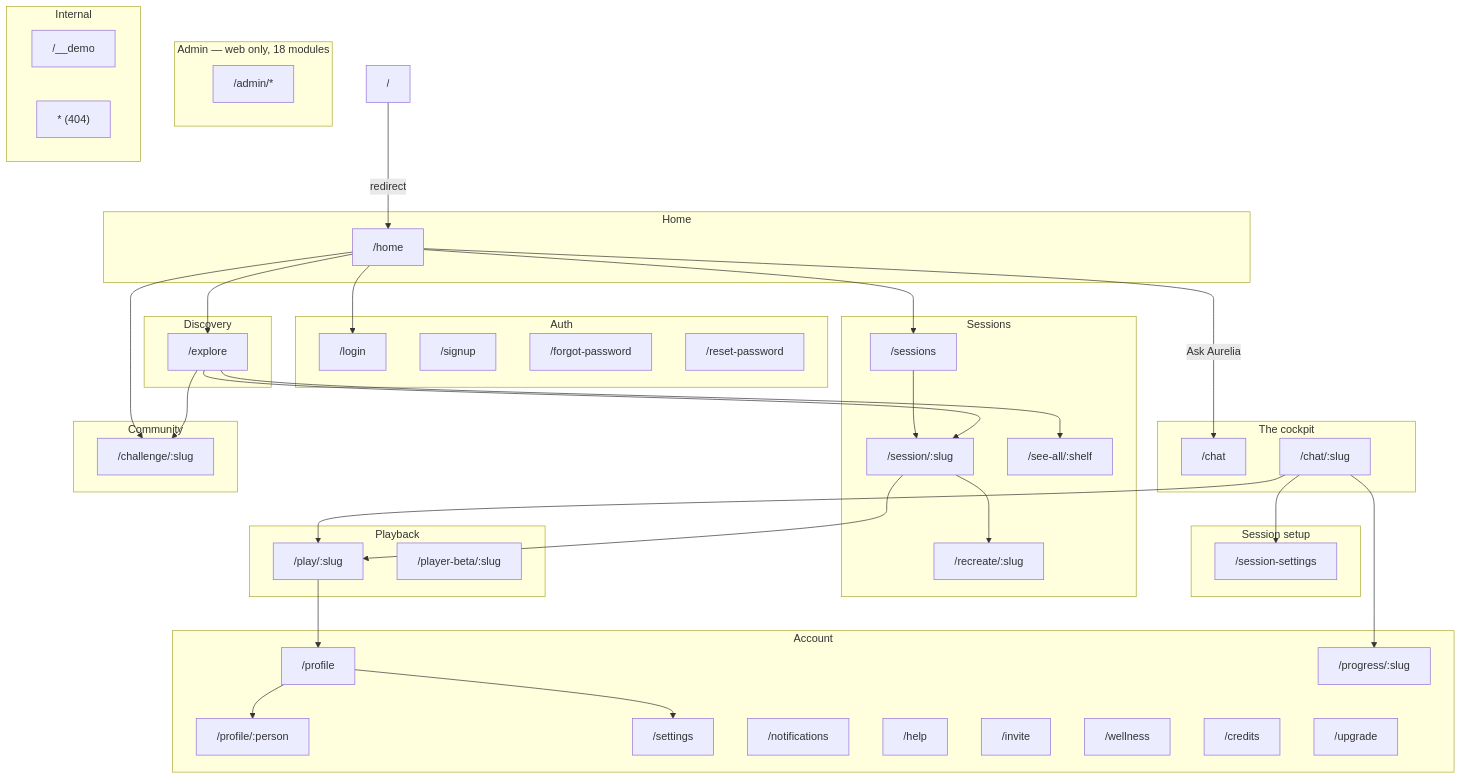
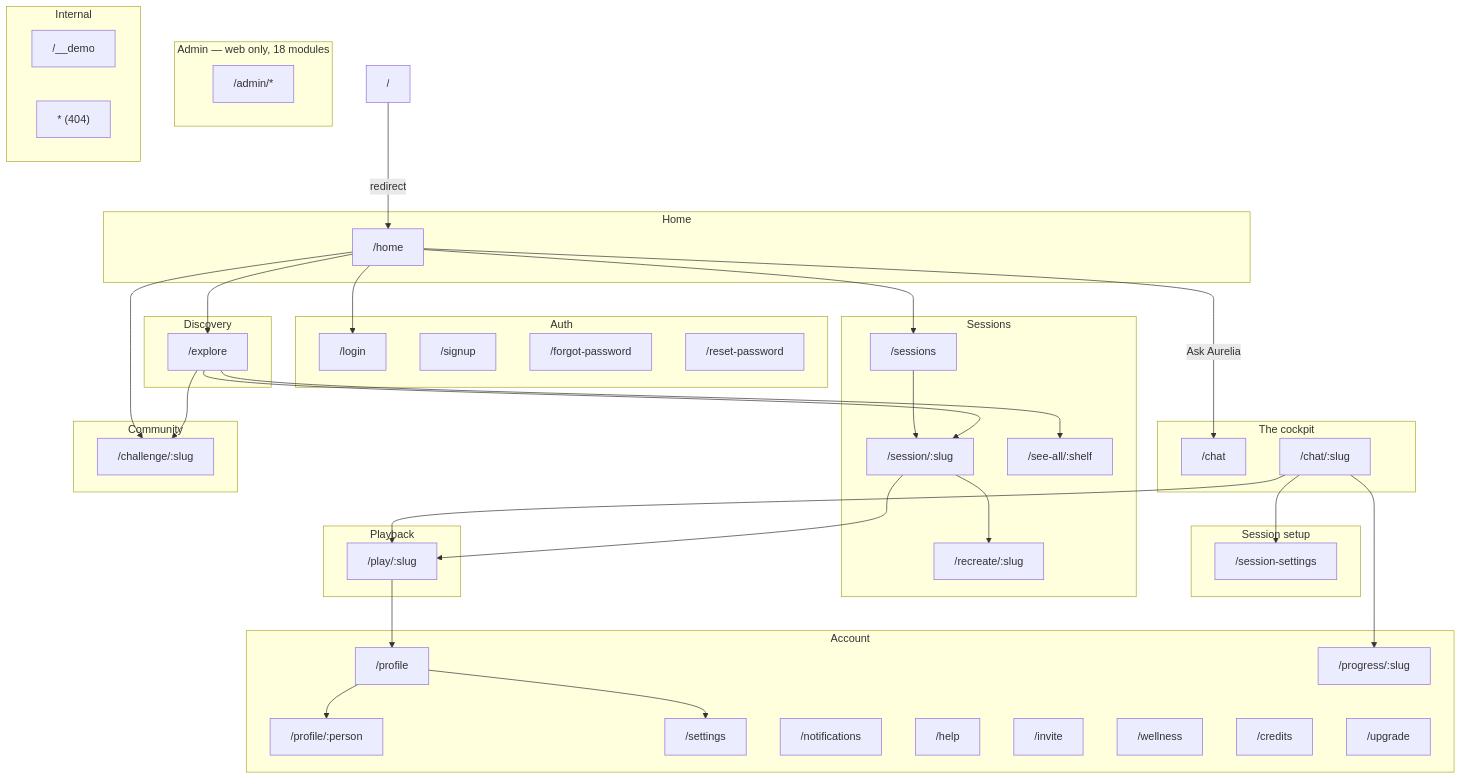
One commit to sandmanz26/aureliamobile changed the first of 2 diagrams in docs/PRD.md. Above: the diagram before and after it, drawn with Mermaid. The commit also changed other lines of this file and 10 other files, not shown here.

First line of the commit message:
Fix New session button radius, remove Player Beta entirely

```diff
--- a/docs/PRD.md
+++ b/docs/PRD.md
@@ -98,7 +98,6 @@
 
   subgraph Playback["Playback"]
     Player["/play/:slug"]
-    PlayerBeta["/player-beta/:slug"]
   end
 
   subgraph Discovery["Discovery"]
```
